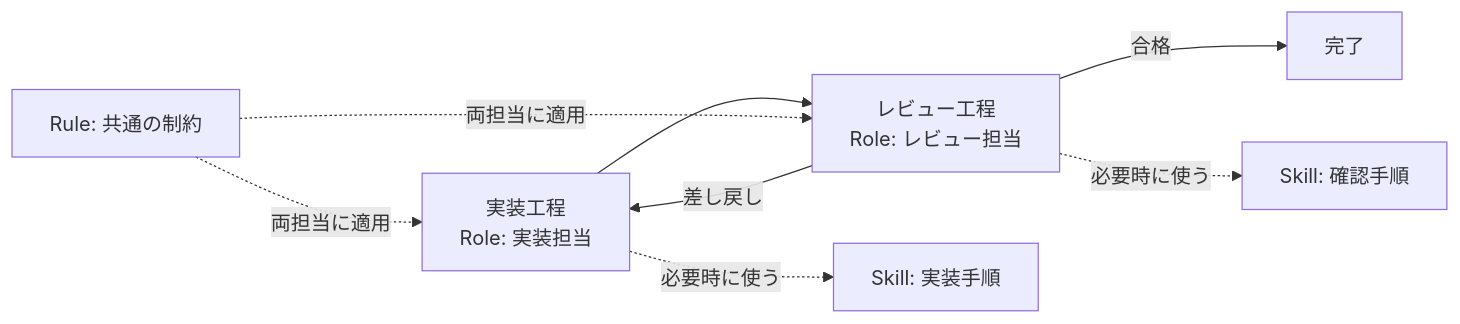
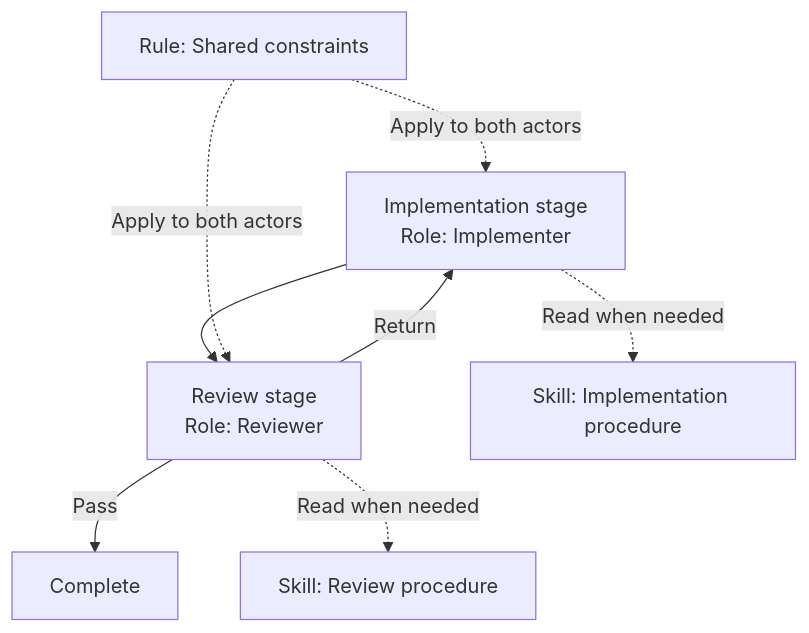
One commit to Memoria-ll/agent-asset-control-layer changed the second of 8 diagrams in README.md. Above: the diagram before and after it, drawn with Mermaid. The commit also changed other lines of this file and 1 other file, not shown here.

````diff
--- a/README.md
+++ b/README.md
@@ -68,10 +70,10 @@
 ```mermaid
-flowchart LR
-    Implement["実装工程<br/>Role: 実装担当"] --> Review["レビュー工程<br/>Role: レビュー担当"]
-    Review -->|"合格"| Done["完了"]
-    Review -->|"差し戻し"| Implement
-    Implement -. "必要時に使う" .-> Coding["Skill: 実装手順"]
-    Review -. "必要時に使う" .-> Checking["Skill: 確認手順"]
-    Rules["Rule: 共通の制約"] -. "両担当に適用" .-> Implement
-    Rules -. "両担当に適用" .-> Review
+flowchart TD
+    Implement["Implementation stage<br/>Role: Implementer"] --> Review["Review stage<br/>Role: Reviewer"]
+    Review -->|"Pass"| Done["Complete"]
+    Review -->|"Return"| Implement
+    Implement -. "Read when needed" .-> Coding["Skill: Implementation procedure"]
+    Review -. "Read when needed" .-> Checking["Skill: Review procedure"]
+    Rules["Rule: Shared constraints"] -. "Apply to both actors" .-> Implement
+    Rules -. "Apply to both actors" .-> Review
 ```
````
